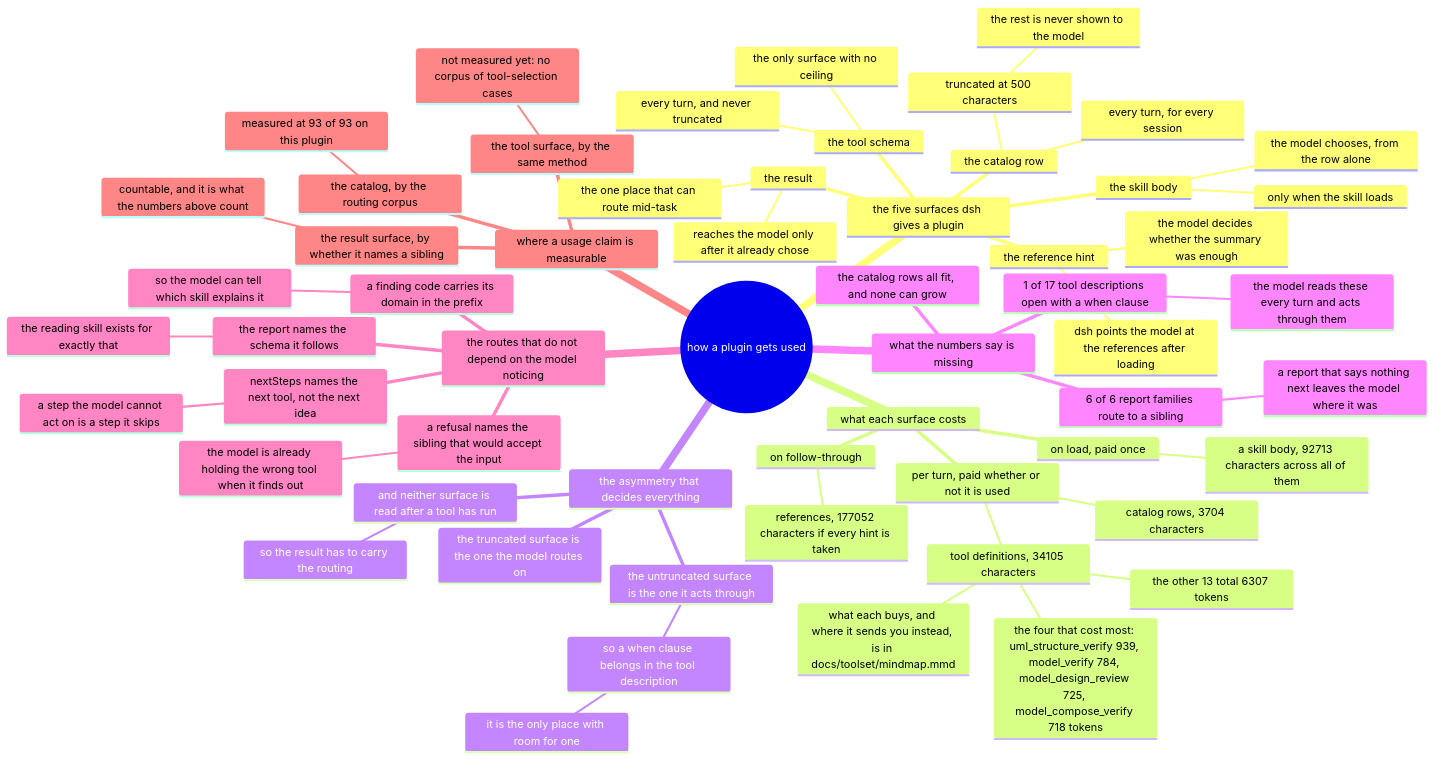
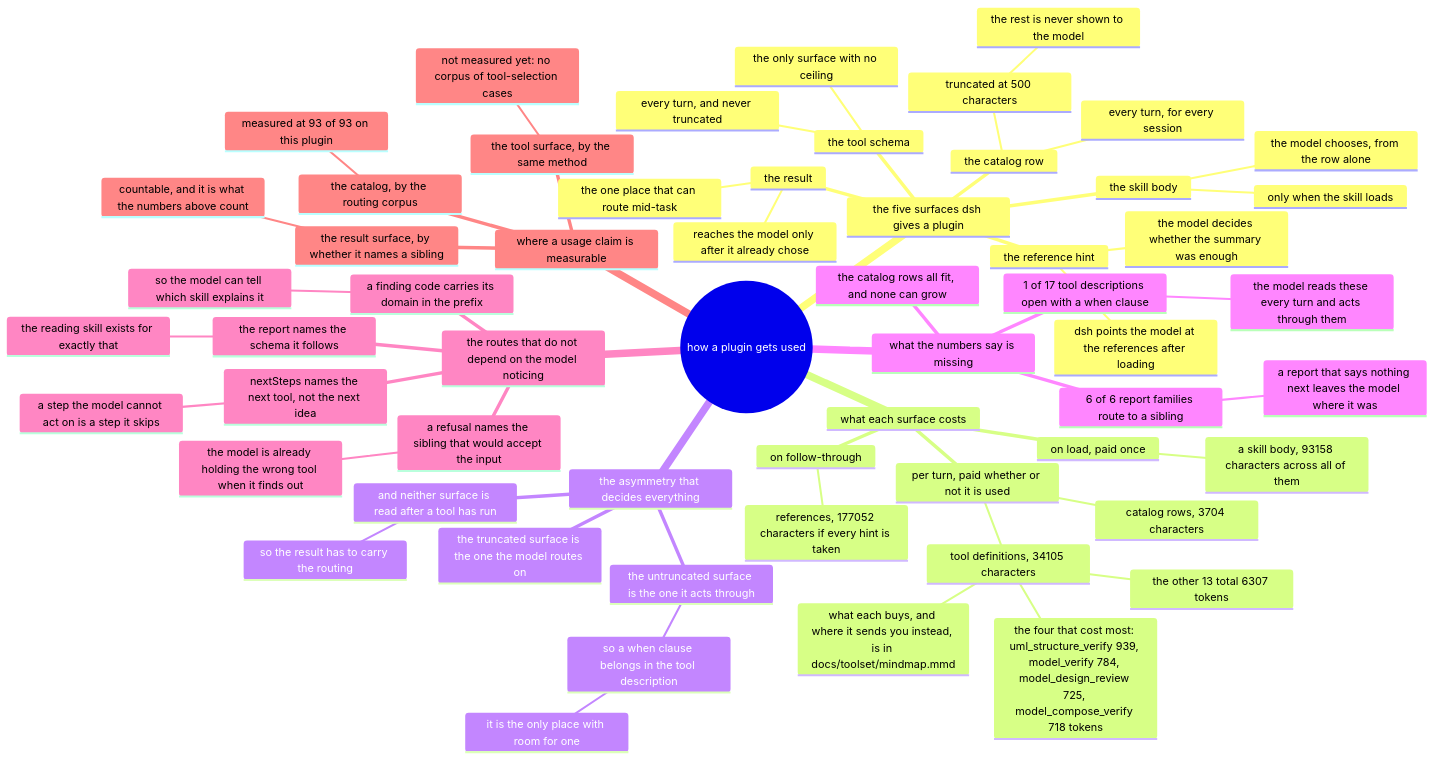
One commit to AmethystLuna/dsh-model-everything changed the diagram in docs/usage/mindmap.mmd. Above: the diagram before and after it, drawn with Mermaid. The commit also changed 5 other files, not shown here.

First line of the commit message:
docs(skill): the diagram tools are outside the report contract, and the skill says so

```diff
--- a/docs/usage/mindmap.mmd
+++ b/docs/usage/mindmap.mmd
@@ -1,59 +1,59 @@
 mindmap
 root((how a plugin gets used))
   the five surfaces dsh gives a plugin
     the catalog row
       every turn, for every session
       truncated at 500 characters
         the rest is never shown to the model
     the skill body
       only when the skill loads
       the model chooses, from the row alone
     the reference hint
       dsh points the model at the references after loading
       the model decides whether the summary was enough
     the tool schema
       every turn, and never truncated
       the only surface with no ceiling
     the result
       reaches the model only after it already chose
       the one place that can route mid-task
   what each surface costs
     per turn, paid whether or not it is used
       catalog rows, 3704 characters
       tool definitions, 34105 characters
         the four that cost most: uml_structure_verify 939, model_verify 784, model_design_review 725, model_compose_verify 718 tokens
         the other 13 total 6307 tokens
         what each buys, and where it sends you instead, is in docs/toolset/mindmap.mmd
     on load, paid once
-      a skill body, 92713 characters across all of them
+      a skill body, 93158 characters across all of them
     on follow-through
       references, 177052 characters if every hint is taken
   the asymmetry that decides everything
     the truncated surface is the one the model routes on
     the untruncated surface is the one it acts through
       so a when clause belongs in the tool description
         it is the only place with room for one
     and neither surface is read after a tool has run
       so the result has to carry the routing
   what the numbers say is missing
     1 of 17 tool descriptions open with a when clause
       the model reads these every turn and acts through them
     6 of 6 report families route to a sibling
       a report that says nothing next leaves the model where it was
     the catalog rows all fit, and none can grow
   the routes that do not depend on the model noticing
     a refusal names the sibling that would accept the input
       the model is already holding the wrong tool when it finds out
     nextSteps names the next tool, not the next idea
       a step the model cannot act on is a step it skips
     a finding code carries its domain in the prefix
       so the model can tell which skill explains it
     the report names the schema it follows
       the reading skill exists for exactly that
   where a usage claim is measurable
     the catalog, by the routing corpus
       measured at 93 of 93 on this plugin
     the tool surface, by the same method
       not measured yet: no corpus of tool-selection cases
     the result surface, by whether it names a sibling
       countable, and it is what the numbers above count
```
